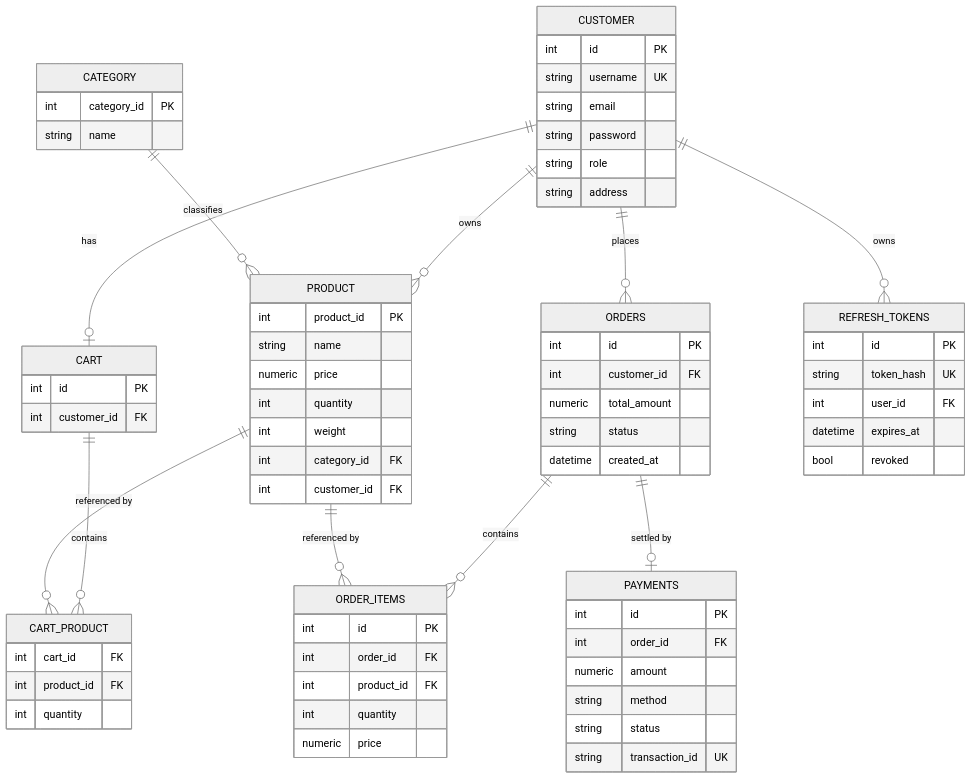
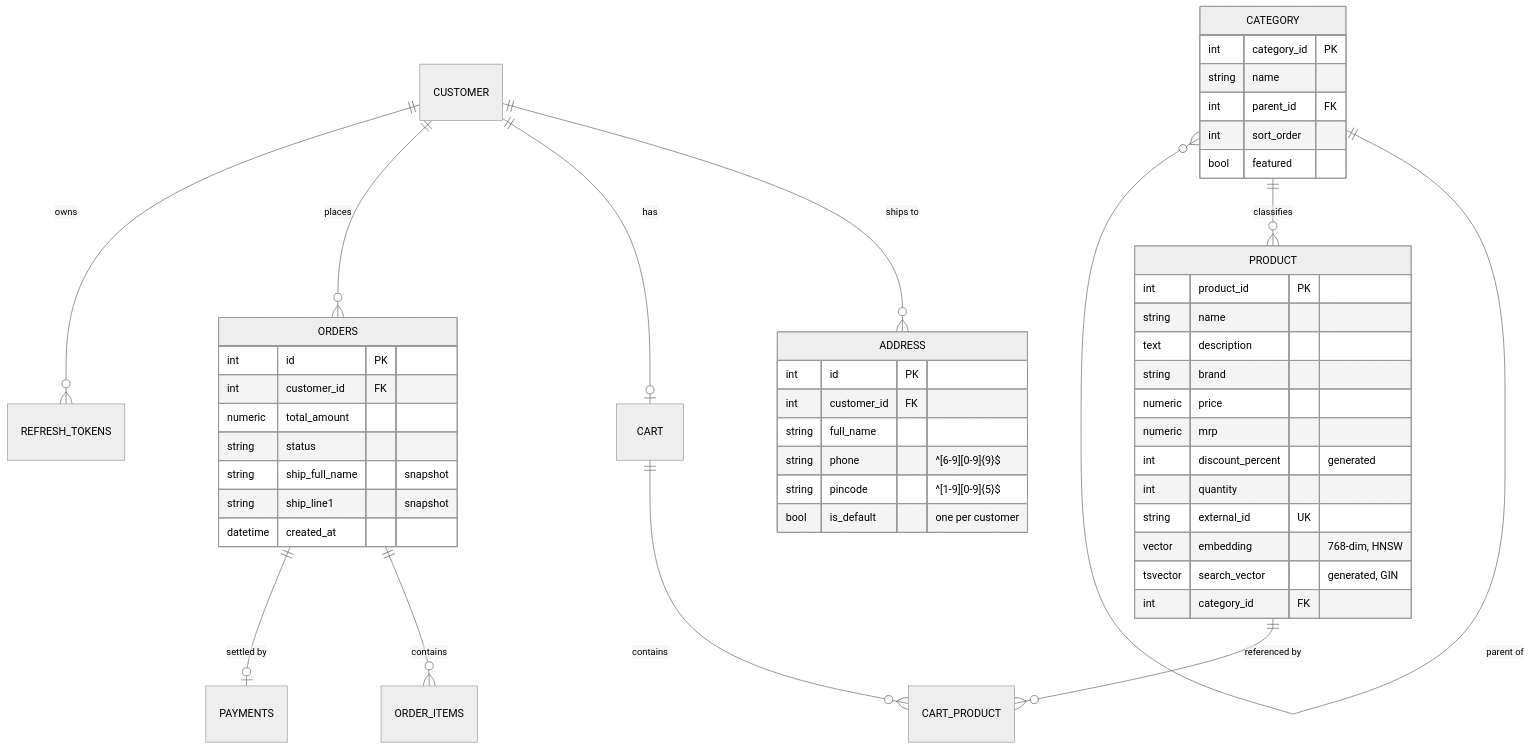
Before and after one commit to pavansaiambala7/ecommerce_project_spring-boot: the diagram in README.md, drawn with Mermaid (neutral theme). The commit also changed other lines of this file, not shown here.

````diff
--- a/README.md
+++ b/README.md
@@ -503,73 +357,52 @@
 ```mermaid
 erDiagram
-    CUSTOMER ||--o{ PRODUCT : owns
+    CUSTOMER ||--o{ ADDRESS : "ships to"
+    CUSTOMER ||--o| CART : has
+    CATEGORY ||--o{ CATEGORY : "parent of"
     CATEGORY ||--o{ PRODUCT : classifies
-    CUSTOMER ||--o| CART : has
     CART ||--o{ CART_PRODUCT : contains
     PRODUCT ||--o{ CART_PRODUCT : "referenced by"
     CUSTOMER ||--o{ ORDERS : places
     ORDERS ||--o{ ORDER_ITEMS : contains
-    PRODUCT ||--o{ ORDER_ITEMS : "referenced by"
     ORDERS ||--o| PAYMENTS : "settled by"
     CUSTOMER ||--o{ REFRESH_TOKENS : owns
 
-    CUSTOMER {
-        int id PK
-        string username UK
-        string email
-        string password
-        string role
-        string address
+    PRODUCT {
+        int product_id PK
+        string name
+        text description
+        string brand
+        numeric price
+        numeric mrp
+        int discount_percent "generated"
+        int quantity
+        string external_id UK
+        vector embedding "768-dim, HNSW"
+        tsvector search_vector "generated, GIN"
+        int category_id FK
     }
     CATEGORY {
         int category_id PK
         string name
+        int parent_id FK
+        int sort_order
+        bool featured
     }
-    PRODUCT {
-        int product_id PK
-        string name
-        numeric price
-        int quantity
-        int weight
-        int category_id FK
-        int customer_id FK
-    }
-    CART {
+    ADDRESS {
         int id PK
         int customer_id FK
-    }
-    CART_PRODUCT {
-        int cart_id FK
-        int product_id FK
-        int quantity
+        string full_name
+        string phone "^[6-9][0-9]{9}$"
+        string pincode "^[1-9][0-9]{5}$"
+        bool is_default "one per customer"
     }
     ORDERS {
         int id PK
         int customer_id FK
         numeric total_amount
         string status
+        string ship_full_name "snapshot"
+        string ship_line1 "snapshot"
         datetime created_at
     }
-    ORDER_ITEMS {
-        int id PK
-        int order_id FK
-        int product_id FK
-        int quantity
-        numeric price
-    }
-    PAYMENTS {
-        int id PK
-        int order_id FK
-        numeric amount
-        string method
-        string status
-        string transaction_id UK
-    }
-    REFRESH_TOKENS {
-        int id PK
-        string token_hash UK
-        int user_id FK
-        datetime expires_at
-        bool revoked
-    }
 ```
````
